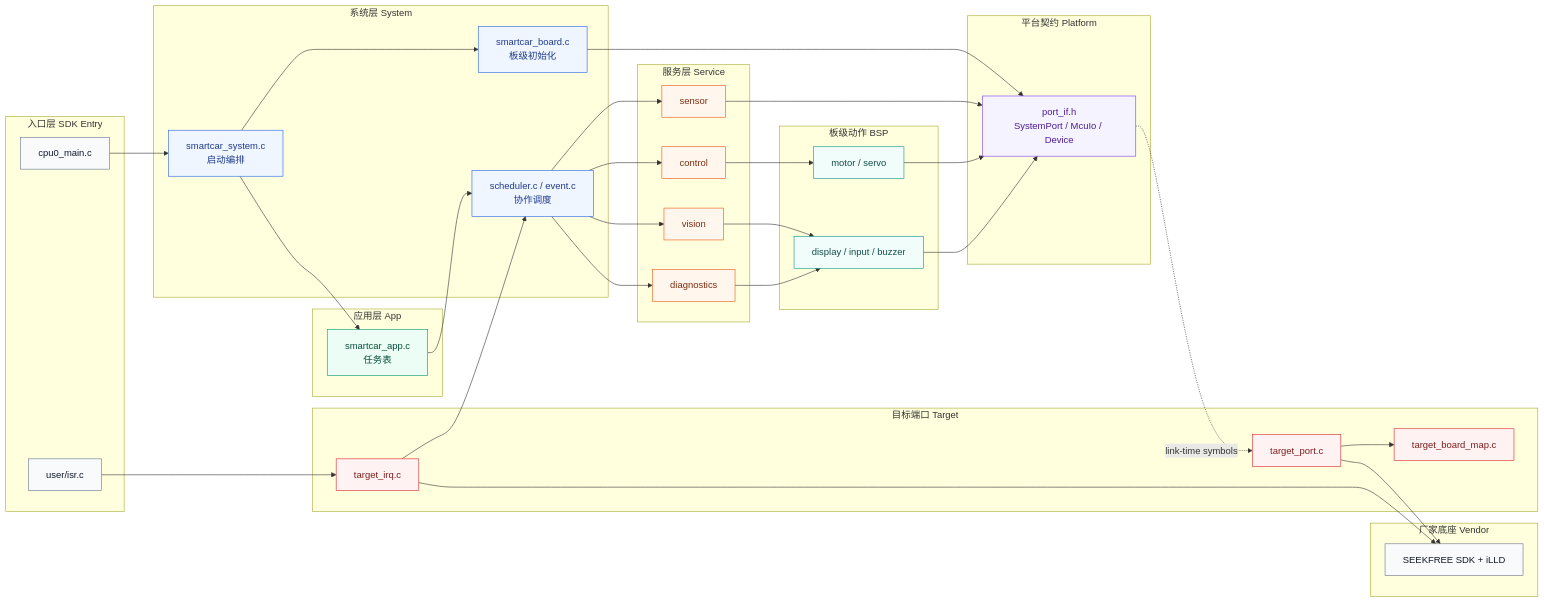
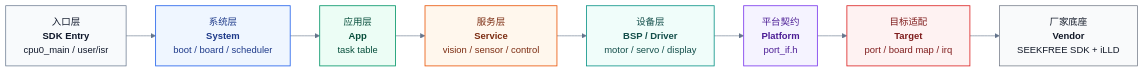
The first of 2 diagrams in README.md (ParacosmYy/GS_Smart_car), drawn with Mermaid before and after one commit. The commit also changed other lines of this file, not shown here.

Commit message:
docs(readme): 优化 Mermaid 架构图

````diff
--- a/README.md
+++ b/README.md
@@ -14,77 +14,32 @@
 ```mermaid
+%%{init: {"theme": "base", "themeVariables": {"fontFamily": "Inter, Microsoft YaHei, Arial", "primaryBorderColor": "#CBD5E1", "lineColor": "#64748B", "tertiaryColor": "#F8FAFC"}}}%%
 flowchart LR
-    subgraph ENTRY["入口层 SDK Entry"]
-        CPU["cpu0_main.c"]
-        ISR["user/isr.c"]
-    end
+    ENTRY["入口层<br/><b>SDK Entry</b><br/>cpu0_main / user/isr"]
+    SYSTEM["系统层<br/><b>System</b><br/>boot / board / scheduler"]
+    APP["应用层<br/><b>App</b><br/>task table"]
+    SERVICE["服务层<br/><b>Service</b><br/>vision / sensor / control"]
+    BSP["设备层<br/><b>BSP / Driver</b><br/>motor / servo / display"]
+    PLATFORM["平台契约<br/><b>Platform</b><br/>port_if.h"]
+    TARGET["目标适配<br/><b>Target</b><br/>port / board map / irq"]
+    VENDOR["厂家底座<br/><b>Vendor</b><br/>SEEKFREE SDK + iLLD"]
 
-    subgraph SYSTEM["系统层 System"]
-        BOOT["smartcar_system.c<br/>启动编排"]
-        BOARD["smartcar_board.c<br/>板级初始化"]
-        SCHED["scheduler.c / event.c<br/>协作调度"]
-    end
+    ENTRY --> SYSTEM --> APP --> SERVICE --> BSP --> PLATFORM --> TARGET --> VENDOR
 
-    subgraph APP["应用层 App"]
-        TASKS["smartcar_app.c<br/>任务表"]
-    end
+    classDef entry fill:#F8FAFC,stroke:#64748B,color:#0F172A,stroke-width:1.2px;
+    classDef system fill:#EFF6FF,stroke:#2563EB,color:#1E3A8A,stroke-width:1.4px;
+    classDef app fill:#ECFDF5,stroke:#059669,color:#064E3B,stroke-width:1.4px;
+    classDef service fill:#FFF7ED,stroke:#EA580C,color:#7C2D12,stroke-width:1.4px;
+    classDef bsp fill:#F0FDFA,stroke:#0D9488,color:#134E4A,stroke-width:1.4px;
+    classDef platform fill:#F5F3FF,stroke:#7C3AED,color:#4C1D95,stroke-width:1.4px;
+    classDef target fill:#FEF2F2,stroke:#DC2626,color:#7F1D1D,stroke-width:1.4px;
+    classDef vendor fill:#F9FAFB,stroke:#6B7280,color:#111827,stroke-width:1.2px;
 
-    subgraph SERVICE["服务层 Service"]
-        VISION["vision"]
-        SENSOR["sensor"]
-        CONTROL["control"]
-        DIAG["diagnostics"]
-    end
-
-    subgraph BSP["板级动作 BSP"]
-        ACT["motor / servo"]
-        IO["display / input / buzzer"]
-    end
-
-    subgraph PLATFORM["平台契约 Platform"]
-        PORT["port_if.h<br/>SystemPort / McuIo / Device"]
-    end
-
-    subgraph TARGET["目标端口 Target"]
-        TPORT["target_port.c"]
-        TMAP["target_board_map.c"]
-        TIRQ["target_irq.c"]
-    end
-
-    subgraph VENDOR["厂家底座 Vendor"]
-        SDK["SEEKFREE SDK + iLLD"]
-    end
-
-    CPU --> BOOT --> BOARD --> PORT
-    BOOT --> TASKS --> SCHED --> VISION
-    SCHED --> SENSOR
-    SCHED --> CONTROL
-    SCHED --> DIAG
-    VISION --> IO
-    SENSOR --> PORT
-    CONTROL --> ACT
-    DIAG --> IO
-    ACT --> PORT
-    IO --> PORT
-    PORT -. "link-time symbols" .-> TPORT --> SDK
-    TPORT --> TMAP
-    ISR --> TIRQ --> SCHED
-    TIRQ --> SDK
-
-    classDef entry fill:#f8fafc,stroke:#64748b,color:#0f172a;
-    classDef system fill:#eff6ff,stroke:#2563eb,color:#1e3a8a;
-    classDef app fill:#ecfdf5,stroke:#059669,color:#064e3b;
-    classDef service fill:#fff7ed,stroke:#ea580c,color:#7c2d12;
-    classDef bsp fill:#f0fdfa,stroke:#0d9488,color:#134e4a;
-    classDef platform fill:#f5f3ff,stroke:#7c3aed,color:#4c1d95;
-    classDef target fill:#fef2f2,stroke:#dc2626,color:#7f1d1d;
-    classDef vendor fill:#f9fafb,stroke:#6b7280,color:#111827;
-
-    class CPU,ISR entry
-    class BOOT,BOARD,SCHED system
-    class TASKS app
-    class VISION,SENSOR,CONTROL,DIAG service
-    class ACT,IO bsp
-    class PORT platform
-    class TPORT,TMAP,TIRQ target
-    class SDK vendor
+    class ENTRY entry
+    class SYSTEM system
+    class APP app
+    class SERVICE service
+    class BSP bsp
+    class PLATFORM platform
+    class TARGET target
+    class VENDOR vendor
 ```
````
